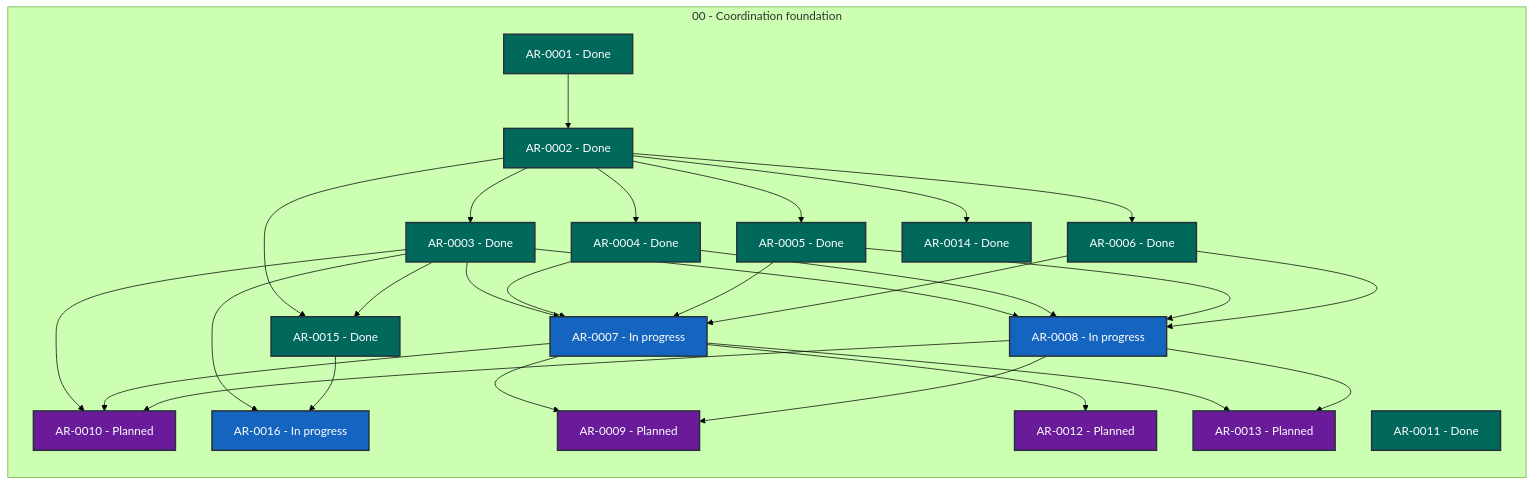
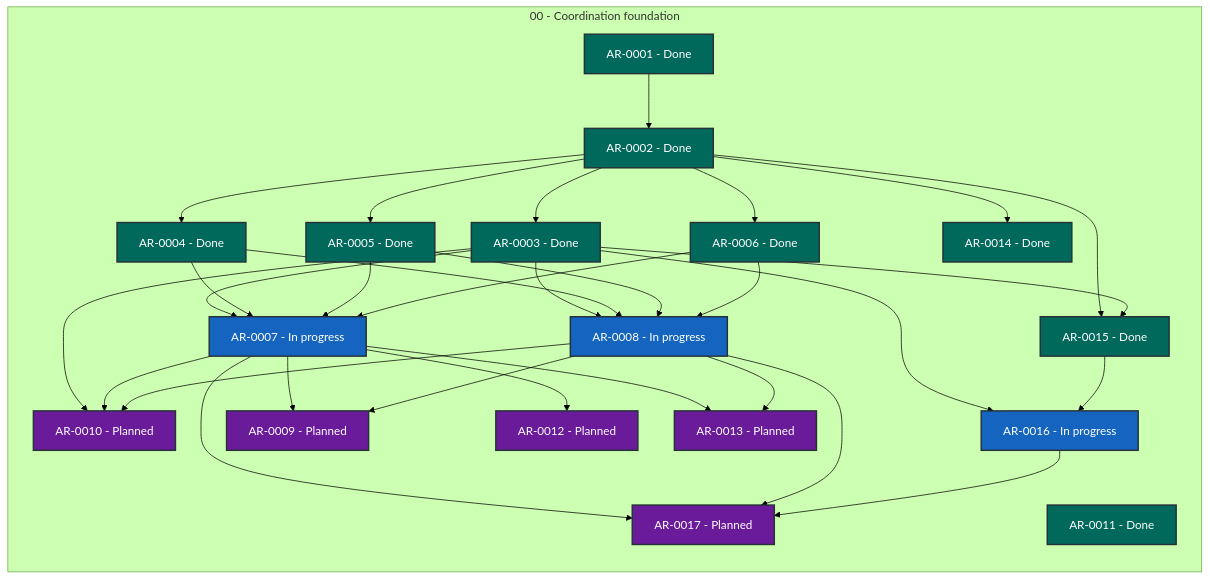
One commit to martin-beck/agent-workflow-coordinator-state changed the diagram in STATUS.md. Above: the diagram before and after it, drawn with Mermaid (forest theme). The commit also changed other lines of this file and 2 other files, not shown here.

````diff
--- a/STATUS.md
+++ b/STATUS.md
@@ -27,56 +27,60 @@
 ```mermaid
 flowchart LR
     subgraph series_00["00 - Coordination foundation"]
         direction TB
         AR_0001["AR-0001 - Done"]:::status_done
         AR_0002["AR-0002 - Done"]:::status_done
         AR_0003["AR-0003 - Done"]:::status_done
         AR_0004["AR-0004 - Done"]:::status_done
         AR_0005["AR-0005 - Done"]:::status_done
         AR_0006["AR-0006 - Done"]:::status_done
         AR_0007["AR-0007 - In progress"]:::status_in_progress
         AR_0008["AR-0008 - In progress"]:::status_in_progress
         AR_0009["AR-0009 - Planned"]:::status_planned
         AR_0010["AR-0010 - Planned"]:::status_planned
         AR_0011["AR-0011 - Done"]:::status_done
         AR_0012["AR-0012 - Planned"]:::status_planned
         AR_0013["AR-0013 - Planned"]:::status_planned
         AR_0014["AR-0014 - Done"]:::status_done
         AR_0015["AR-0015 - Done"]:::status_done
         AR_0016["AR-0016 - In progress"]:::status_in_progress
+        AR_0017["AR-0017 - Planned"]:::status_planned
     end
     AR_0001 --> AR_0002
     AR_0002 --> AR_0003
     AR_0002 --> AR_0004
     AR_0002 --> AR_0005
     AR_0002 --> AR_0006
     AR_0002 --> AR_0014
     AR_0002 --> AR_0015
     AR_0003 --> AR_0007
     AR_0003 --> AR_0008
     AR_0003 --> AR_0010
     AR_0003 --> AR_0015
     AR_0003 --> AR_0016
     AR_0004 --> AR_0007
     AR_0004 --> AR_0008
     AR_0005 --> AR_0007
     AR_0005 --> AR_0008
     AR_0006 --> AR_0007
     AR_0006 --> AR_0008
     AR_0007 --> AR_0009
     AR_0007 --> AR_0010
     AR_0007 --> AR_0012
     AR_0007 --> AR_0013
+    AR_0007 --> AR_0017
     AR_0008 --> AR_0009
     AR_0008 --> AR_0010
     AR_0008 --> AR_0013
+    AR_0008 --> AR_0017
     AR_0015 --> AR_0016
+    AR_0016 --> AR_0017
     classDef status_in_progress fill:#1565c0,color:#ffffff,stroke:#263238,stroke-width:2px
     classDef status_open fill:#2e7d32,color:#ffffff,stroke:#263238,stroke-width:2px
     classDef status_blocked fill:#c62828,color:#ffffff,stroke:#263238,stroke-width:2px
     classDef status_planned fill:#6a1b9a,color:#ffffff,stroke:#263238,stroke-width:2px
     classDef status_future fill:#455a64,color:#ffffff,stroke:#263238,stroke-width:2px
     classDef status_done fill:#00695c,color:#ffffff,stroke:#263238,stroke-width:2px
     classDef status_cancelled fill:#616161,color:#ffffff,stroke:#263238,stroke-width:2px
     classDef status_superseded fill:#5d4037,color:#ffffff,stroke:#263238,stroke-width:2px
 ```
````
